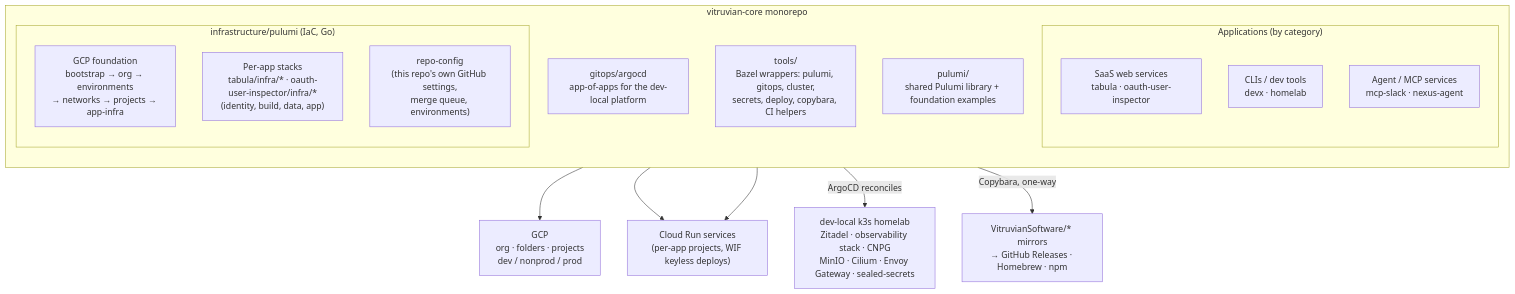
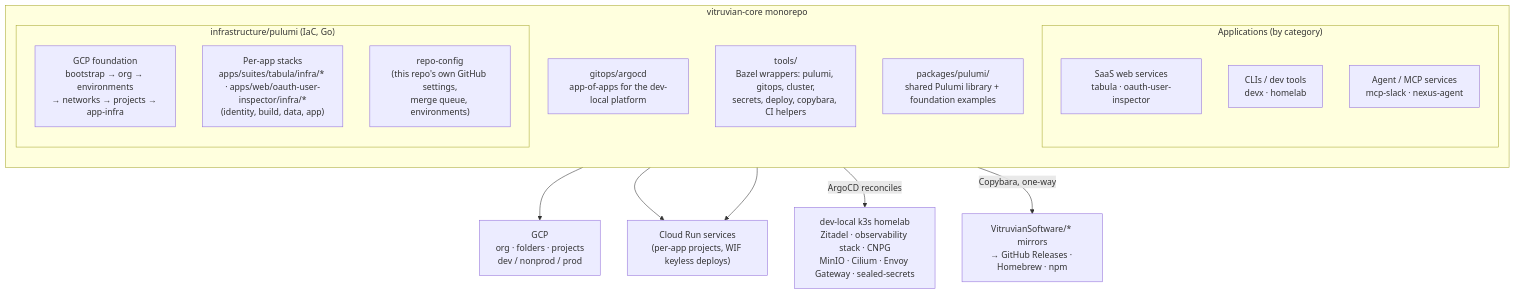
The first of 3 diagrams in docs/concepts/monorepo-architecture.md (VitruvianSoftware/vitruvian-core), drawn with Mermaid before and after one commit. The commit also changed other lines of this file and 73 other files, not shown here.

````diff
--- a/docs/concepts/monorepo-architecture.md
+++ b/docs/concepts/monorepo-architecture.md
@@ -11,25 +11,25 @@
 ```mermaid
 flowchart TB
     subgraph mono["vitruvian-core monorepo"]
         direction TB
         subgraph appsg["Applications (by category)"]
             saas["SaaS web services<br/>tabula · oauth-user-inspector"]
             clis["CLIs / dev tools<br/>devx · homelab"]
             agents["Agent / MCP services<br/>mcp-slack · nexus-agent"]
         end
         subgraph infra["infrastructure/pulumi (IaC, Go)"]
             found["GCP foundation<br/>bootstrap → org → environments<br/>→ networks → projects → app-infra"]
-            appstacks["Per-app stacks<br/>tabula/infra/* · oauth-user-inspector/infra/*<br/>(identity, build, data, app)"]
+            appstacks["Per-app stacks<br/>apps/suites/tabula/infra/* · apps/web/oauth-user-inspector/infra/*<br/>(identity, build, data, app)"]
             repocfg["repo-config<br/>(this repo's own GitHub settings,<br/>merge queue, environments)"]
         end
         gitopsdir["gitops/argocd<br/>app-of-apps for the dev-local platform"]
         toolsdir["tools/<br/>Bazel wrappers: pulumi, gitops, cluster,<br/>secrets, deploy, copybara, CI helpers"]
-        pulib["pulumi/<br/>shared Pulumi library + foundation examples"]
+        pulib["packages/pulumi/<br/>shared Pulumi library + foundation examples"]
     end
 
     found --> gcp["GCP<br/>org · folders · projects<br/>dev / nonprod / prod"]
     appstacks --> run["Cloud Run services<br/>(per-app projects, WIF keyless deploys)"]
     gitopsdir -->|ArgoCD reconciles| lab["dev-local k3s homelab<br/>Zitadel · observability stack · CNPG<br/>MinIO · Cilium · Envoy Gateway · sealed-secrets"]
     saas --> run
     mono -->|Copybara, one-way| mirrors["VitruvianSoftware/* mirrors<br/>→ GitHub Releases · Homebrew · npm"]
 ```
````
